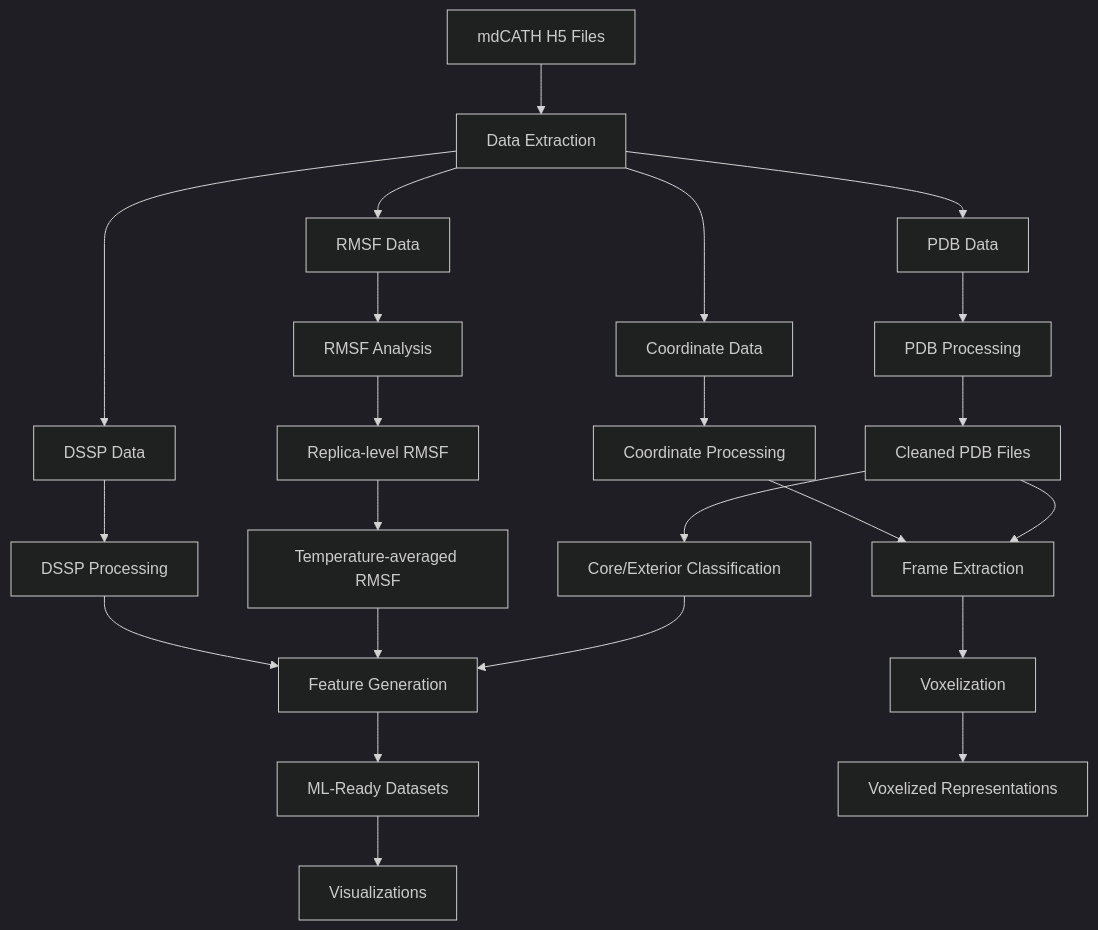
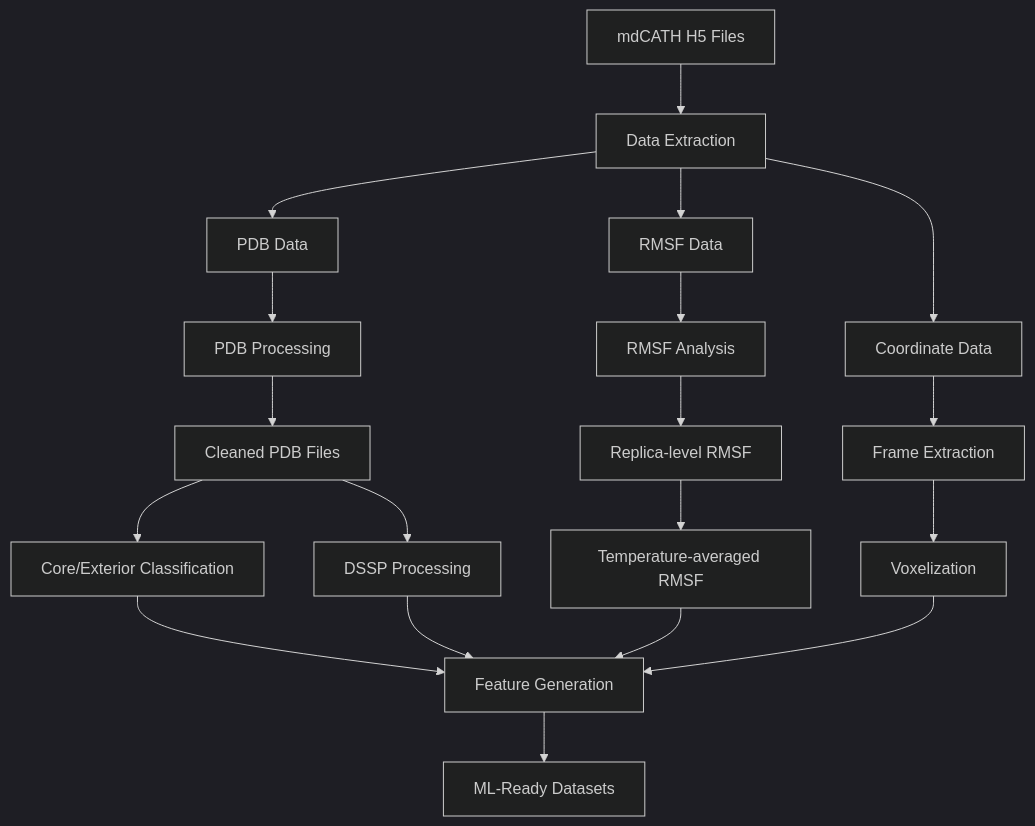
Before and after one commit to Felixburton7/mdcath-processor: the diagram in README.md, drawn with Mermaid (dark theme).

````diff
--- a/README.md
+++ b/README.md
@@ -168,31 +168,26 @@
 ```mermaid
 graph TD
     A[mdCATH H5 Files] --> B[Data Extraction]
     B --> C1[PDB Data]
     B --> C2[RMSF Data]
-    B --> C3[DSSP Data]
     B --> C4[Coordinate Data]
     
     C1 --> D1[PDB Processing]
     D1 --> E1[Cleaned PDB Files]
     E1 --> F1[Core/Exterior Classification]
-    E1 --> F2[Frame Extraction]
+    E1 --> D3[DSSP Processing]
     
     C2 --> D2[RMSF Analysis]
     D2 --> E2[Replica-level RMSF]
     E2 --> F3[Temperature-averaged RMSF]
     
-    C3 --> D3[DSSP Processing]
-    C4 --> D4[Coordinate Processing]
-    D4 --> F2
+    C4 --> F2[Frame Extraction]
     
     F1 --> G[Feature Generation]
     F2 --> H[Voxelization]
     F3 --> G
     D3 --> G
     
+    H --> G
     G --> I[ML-Ready Datasets]
-    H --> J[Voxelized Representations]
-    
-    I --> K[Visualizations]
 ```
````
